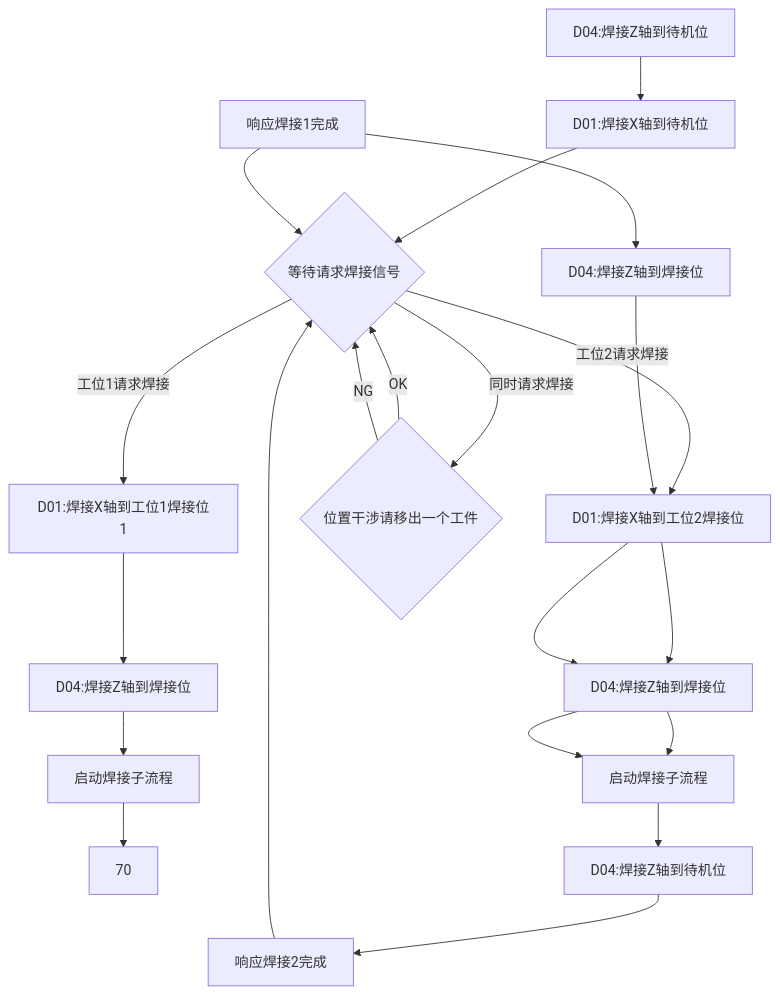
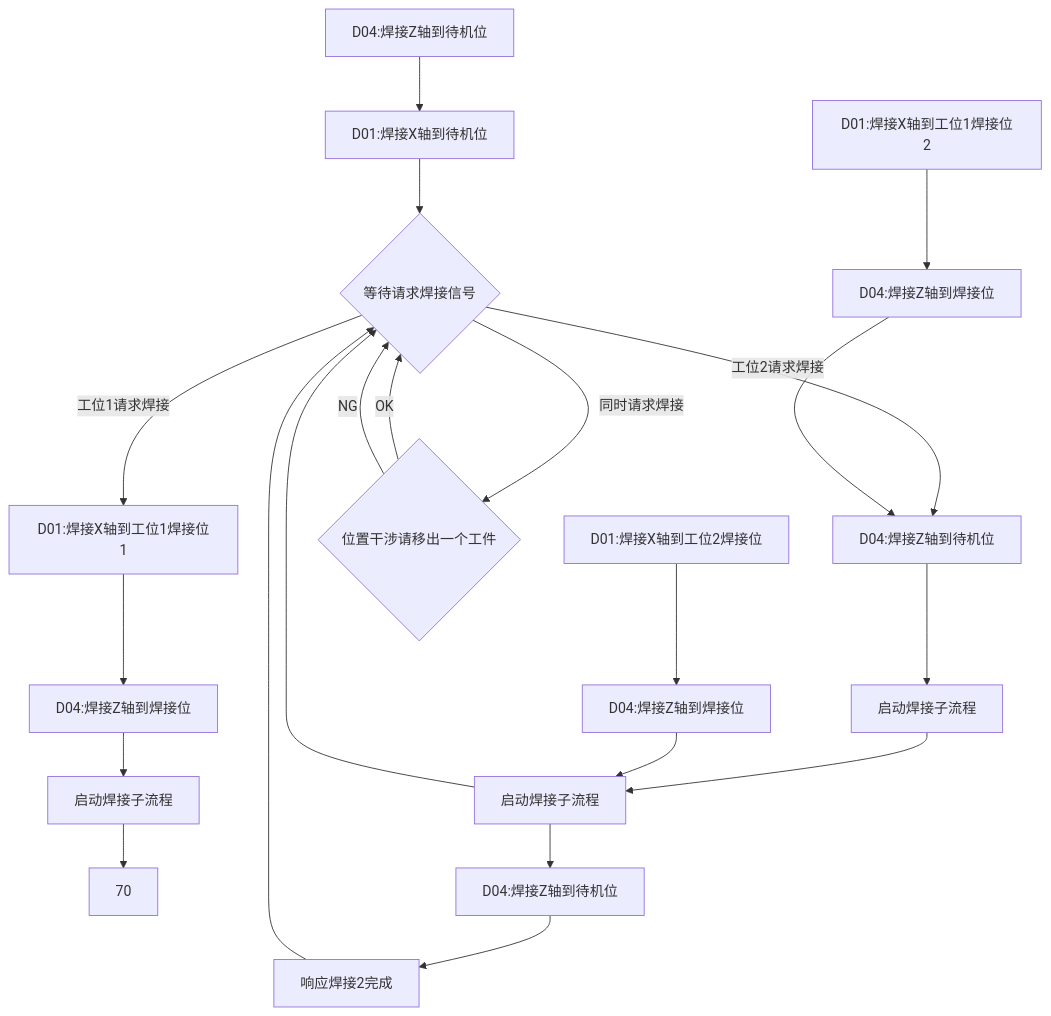
One commit to PengKun1/iodraw-files changed the diagram in all/OP20-1焊接工位自动流程.md. Above: the diagram before and after it, drawn with Mermaid.

Commit message:
2024-08-07 14:10:10 update

````diff
--- a/all/OP20-1焊接工位自动流程.md
+++ b/all/OP20-1焊接工位自动流程.md
@@ -1,23 +1,23 @@
 ```mermaid
 graph TD
 10[D04:焊接Z轴到待机位]-->20
 20[D01:焊接X轴到待机位]-->30
 30{等待请求焊接信号}-->|工位1请求焊接|40
 30-->|工位2请求焊接|100
 30-->|同时请求焊接|900
 40[D01:焊接X轴到工位1焊接位1]-->50
 50[D04:焊接Z轴到焊接位]-->60
 60[启动焊接子流程]-->70
 80[D01:焊接X轴到工位1焊接位2]-->90
 90[D04:焊接Z轴到焊接位]-->100
 100[D04:焊接Z轴到待机位]-->110
 110[启动焊接子流程]-->120
-80[响应焊接1完成]-->30
-100[D01:焊接X轴到工位2焊接位]-->110
-110[D04:焊接Z轴到焊接位]-->120
+120[响应焊接1完成]-->30
+200[D01:焊接X轴到工位2焊接位]-->210
+210[D04:焊接Z轴到焊接位]-->120
 120[启动焊接子流程]-->130
 130[D04:焊接Z轴到待机位]-->140
 140[响应焊接2完成]-->30
 900{位置干涉请移出一个工件}-->|OK|30
 900-->|NG|30
 ```
````
